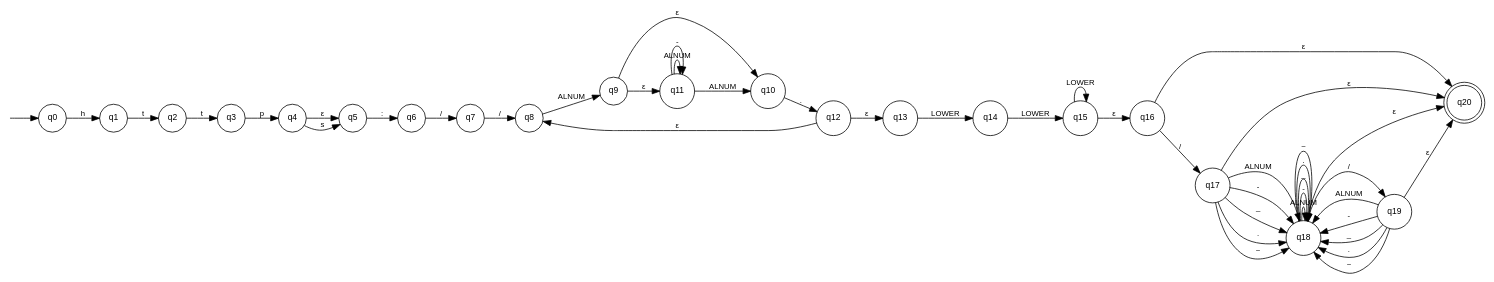
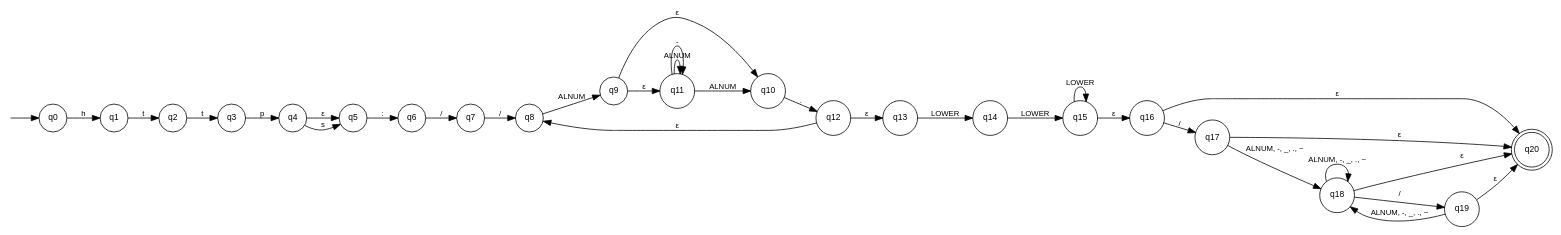
Before and after one commit to seavens3nt/url-pattern-recognition: the diagram in docs/automata/diagrams/nfa.dot, drawn with Graphviz. The commit also changed 2 other files, not shown here.

Commit message:
Address review: fix v2 trace, group path labels, flag Punycode scope gap

```diff
--- a/docs/automata/diagrams/nfa.dot
+++ b/docs/automata/diagrams/nfa.dot
@@ -1,98 +1,89 @@
 // Epsilon-NFA for the core URL language
 // docs/automata/regular-expression.md is the construction input
 // docs/automata/notation.md defines the notation conventions used here
 
 digraph URL_NFA {
     rankdir=LR;
     fontname="Helvetica";
     node [fontname="Helvetica", fontsize=11];
     edge [fontname="Helvetica", fontsize=10];
 
     // invisible entry arrow into the start state
     __start [shape=none, label="", width=0, height=0];
     __start -> q0;
 
     // accepting state drawn as a double circle
     q20 [shape=doublecircle];
 
     // all other states as single circles
     q0 [shape=circle];
     q1 [shape=circle];
     q2 [shape=circle];
     q3 [shape=circle];
     q4 [shape=circle];
     q5 [shape=circle];
     q6 [shape=circle];
     q7 [shape=circle];
     q8 [shape=circle];
     q9 [shape=circle];
     q10 [shape=circle];
     q11 [shape=circle];
     q12 [shape=circle];
     q13 [shape=circle];
     q14 [shape=circle];
     q15 [shape=circle];
     q16 [shape=circle];
     q17 [shape=circle];
     q18 [shape=circle];
     q19 [shape=circle];
 
     // scheme: http | https
     q0 -> q1 [label="h"];
     q1 -> q2 [label="t"];
     q2 -> q3 [label="t"];
     q3 -> q4 [label="p"];
     q4 -> q5 [label="ε"];
     q4 -> q5 [label="s"];
 
     // ://
     q5 -> q6 [label=":"];
     q6 -> q7 [label="/"];
     q7 -> q8 [label="/"];
 
     // LABEL (single-char and multi-char branches)
     q8 -> q9 [label="ALNUM"];
     q9 -> q10 [label="ε"];
     q9 -> q11 [label="ε"];
     q11 -> q11 [label="ALNUM"];
     q11 -> q11 [label="-"];
     q11 -> q10 [label="ALNUM"];
 
     // dot after a label: continue as another label, or take TLD
     q10 -> q12 [label="."];
     q12 -> q8 [label="ε"];
     q12 -> q13 [label="ε"];
 
     // TLD
     q13 -> q14 [label="LOWER"];
     q14 -> q15 [label="LOWER"];
     q15 -> q16 [label="ε"];
     q15 -> q15 [label="LOWER"];
 
     // host complete: accept now, or start path
     q16 -> q20 [label="ε"];
     q16 -> q17 [label="/"];
 
     // path
+    // The five PATH_CHAR labels (ALNUM, -, _, ., ~) are grouped under one
+    // edge label here for diagram readability only. docs/automata/nfa.md
+    // Section 3 keeps each one as a separate transition table row.
     q17 -> q20 [label="ε"];
-    q17 -> q18 [label="ALNUM"];
-    q17 -> q18 [label="-"];
-    q17 -> q18 [label="_"];
-    q17 -> q18 [label="."];
-    q17 -> q18 [label="~"];
+    q17 -> q18 [label="ALNUM, -, _, ., ~"];
 
-    q18 -> q18 [label="ALNUM"];
-    q18 -> q18 [label="-"];
-    q18 -> q18 [label="_"];
-    q18 -> q18 [label="."];
-    q18 -> q18 [label="~"];
+    q18 -> q18 [label="ALNUM, -, _, ., ~"];
     q18 -> q20 [label="ε"];
     q18 -> q19 [label="/"];
 
     q19 -> q20 [label="ε"];
-    q19 -> q18 [label="ALNUM"];
-    q19 -> q18 [label="-"];
-    q19 -> q18 [label="_"];
-    q19 -> q18 [label="."];
-    q19 -> q18 [label="~"];
+    q19 -> q18 [label="ALNUM, -, _, ., ~"];
 }
```
